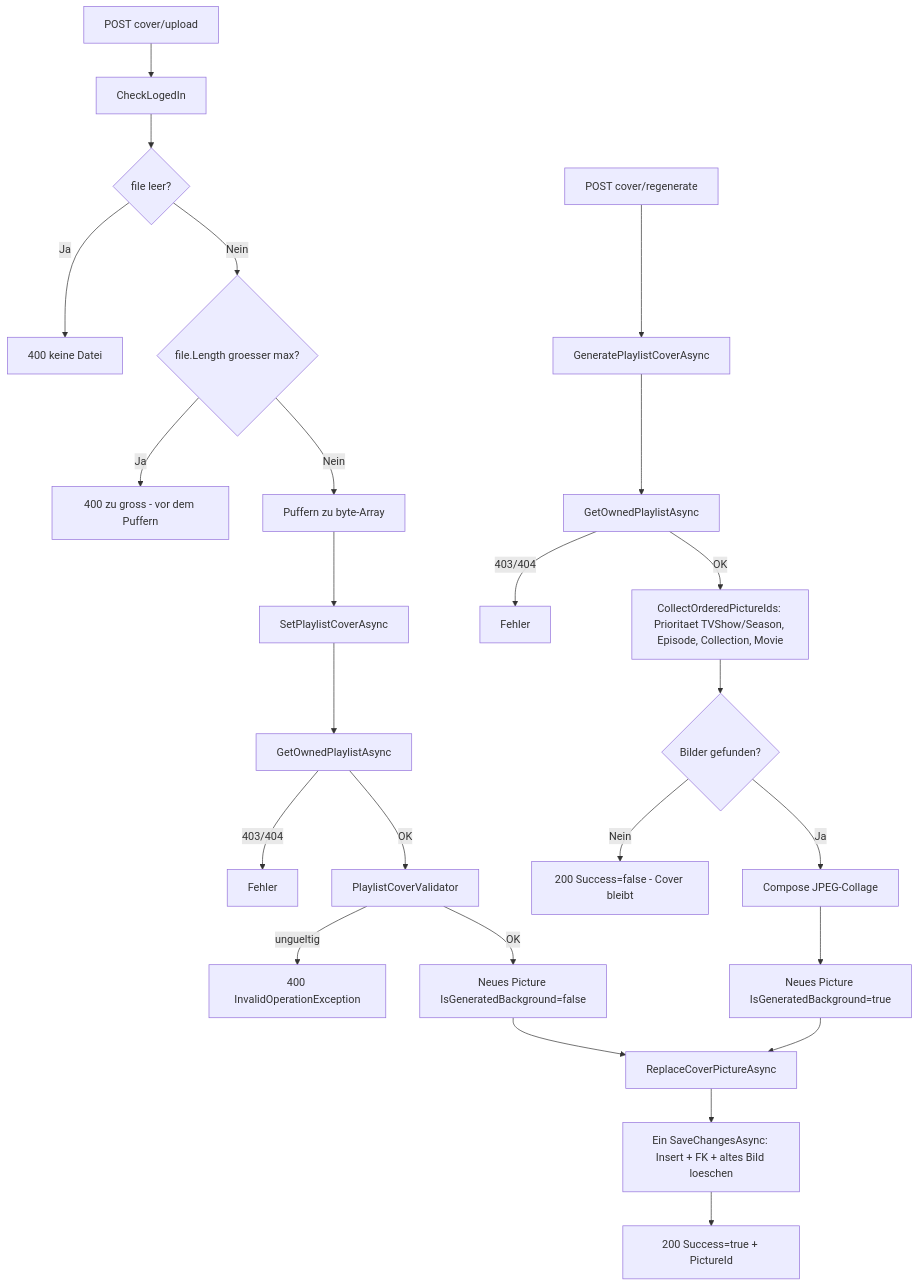
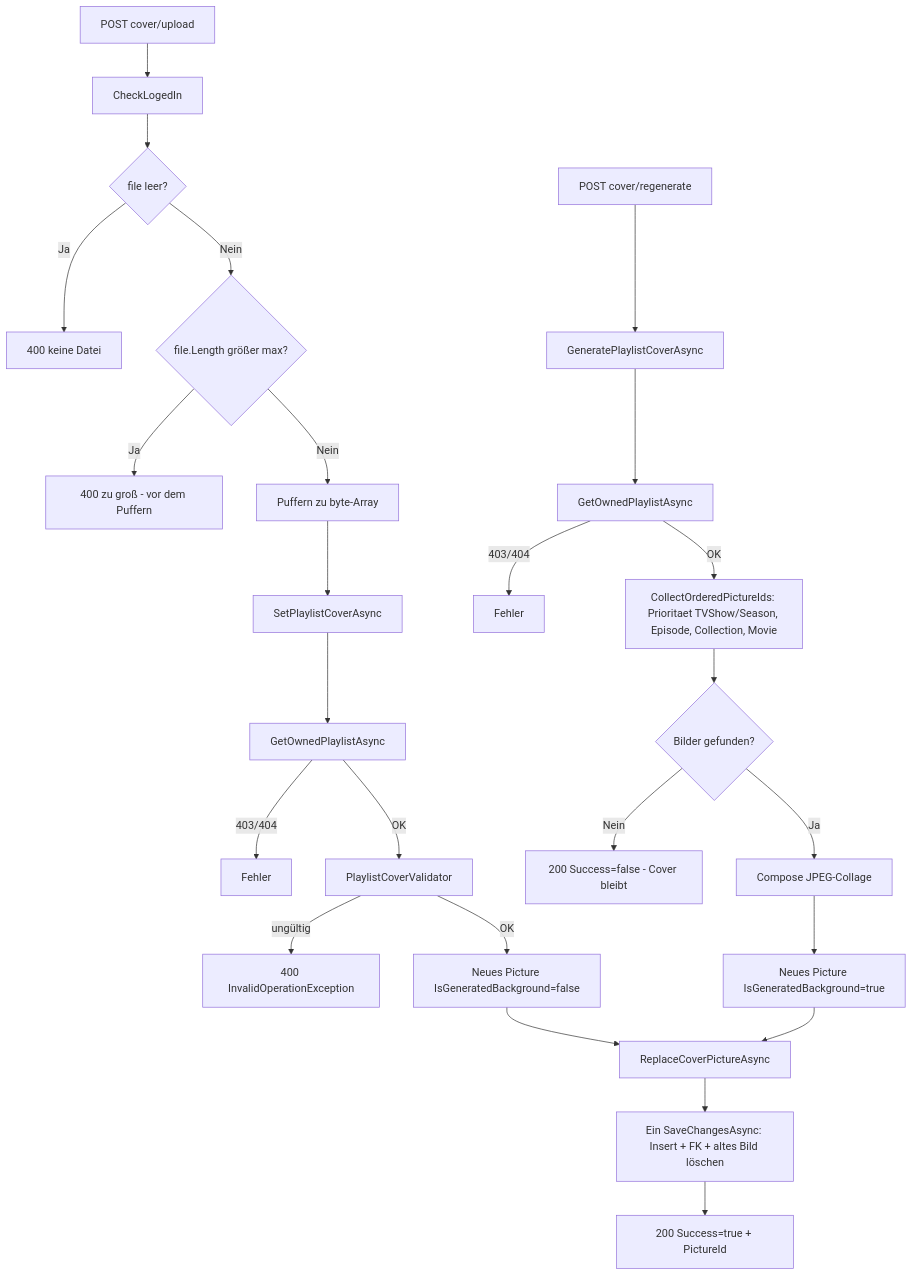
One commit to martin-stromberg/VideoPlayer changed the fifth of 5 diagrams in docs/help/playlists-ablauf-technisch.md. Above: the diagram before and after it, drawn with Mermaid. The commit also changed other lines of this file and 70 other files, not shown here.

````diff
--- a/docs/help/playlists-ablauf-technisch.md
+++ b/docs/help/playlists-ablauf-technisch.md
@@ -738,28 +738,28 @@
 ```mermaid
 flowchart TD
     A[POST cover/upload] --> B[CheckLogedIn]
     B --> C{file leer?}
     C -->|Ja| C1[400 keine Datei]
-    C -->|Nein| D{file.Length groesser max?}
-    D -->|Ja| D1[400 zu gross - vor dem Puffern]
+    C -->|Nein| D{file.Length größer max?}
+    D -->|Ja| D1[400 zu groß - vor dem Puffern]
     D -->|Nein| E[Puffern zu byte-Array]
     E --> F[SetPlaylistCoverAsync]
     F --> G[GetOwnedPlaylistAsync]
     G -->|403/404| G1[Fehler]
     G -->|OK| H[PlaylistCoverValidator]
-    H -->|ungueltig| H1[400 InvalidOperationException]
+    H -->|ungültig| H1[400 InvalidOperationException]
     H -->|OK| I[Neues Picture IsGeneratedBackground=false]
     I --> J[ReplaceCoverPictureAsync]
 
     K[POST cover/regenerate] --> L[GeneratePlaylistCoverAsync]
     L --> G2[GetOwnedPlaylistAsync]
     G2 -->|403/404| G3[Fehler]
     G2 -->|OK| M[CollectOrderedPictureIds: Prioritaet TVShow/Season, Episode, Collection, Movie]
     M --> N{Bilder gefunden?}
     N -->|Nein| N1[200 Success=false - Cover bleibt]
     N -->|Ja| O[Compose JPEG-Collage]
     O --> P[Neues Picture IsGeneratedBackground=true]
     P --> J
-    J --> Q[Ein SaveChangesAsync: Insert + FK + altes Bild loeschen]
+    J --> Q[Ein SaveChangesAsync: Insert + FK + altes Bild löschen]
     Q --> R[200 Success=true + PictureId]
 ```
````
